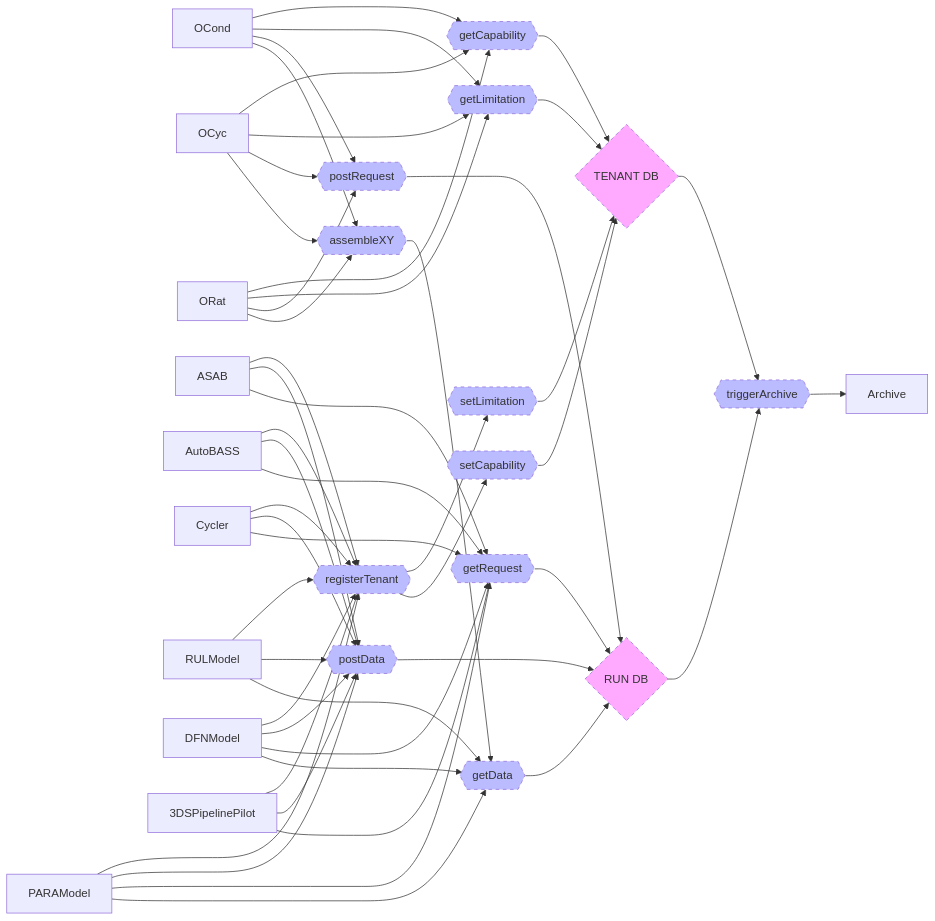
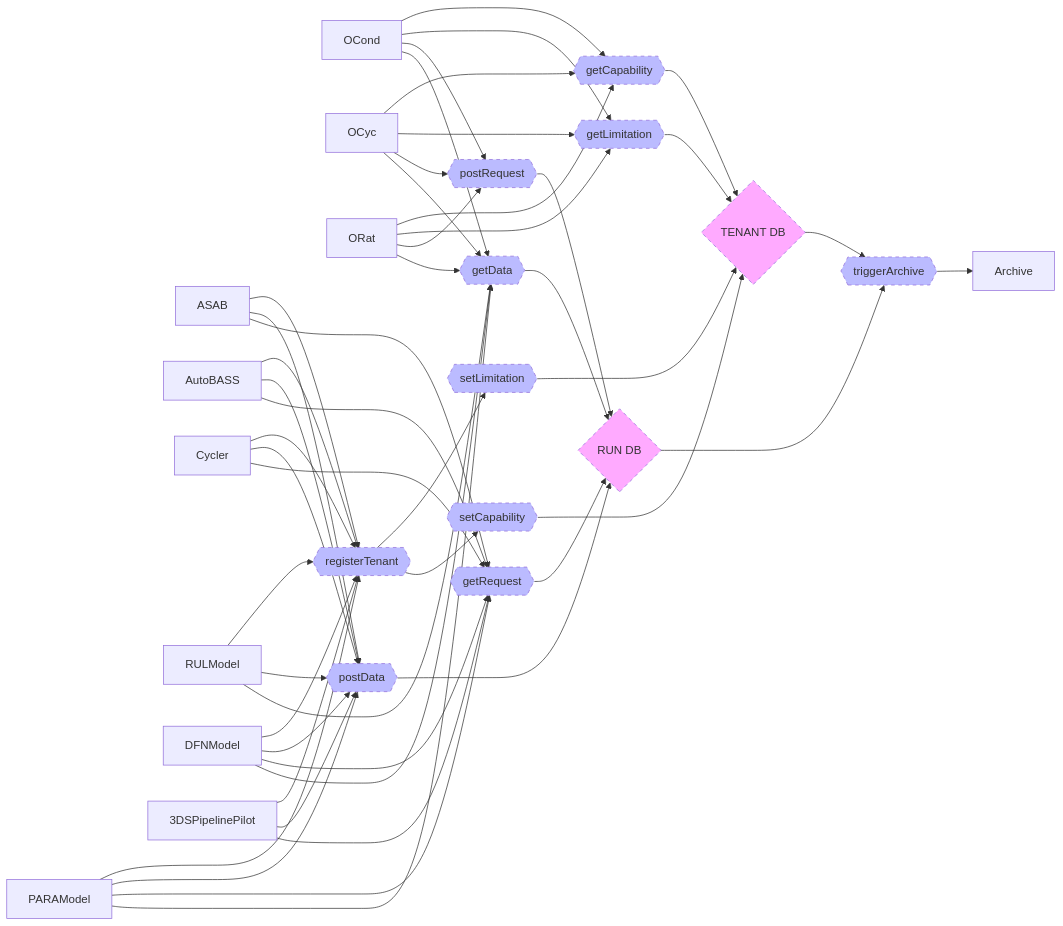
The second of 2 diagrams in flows.md (BIG-MAP/FINALES2), drawn with Mermaid before and after one commit.

Commit message:
assembleXY removed from flows.md - functionality will be covered by the optimizer tenants - parts of the functionality could also be allocated in the getData function

```diff
--- a/flows.md
+++ b/flows.md
@@ -77,8 +77,8 @@
     getData{{getData}}
     style getData fill:#bbf,postRequest stroke-width:2px,stroke-dasharray: 5 5
 
-    assembleXY{{assembleXY}}
-    style assembleXY fill:#bbf,postRequest stroke-width:2px,stroke-dasharray: 5 5
+    getData{{getData}}
+    style getData fill:#bbf,postRequest stroke-width:2px,stroke-dasharray: 5 5
 
     triggerArchive{{triggerArchive}}
     style triggerArchive fill:#bbf,postRequest stroke-width:2px,stroke-dasharray: 5 5
@@ -104,7 +104,6 @@
     RUN-DB{RUN DB}
     style RUN-DB fill:#faf,postRequest stroke-width:2px,stroke-dasharray: 5 5
 
-    assembleXY --> getData
     registerTenant --> setCapability
     registerTenant --> setLimitation
 
@@ -113,9 +112,9 @@
     getRequest --> RUN-DB
     getData --> RUN-DB
 
-    OCond --> assembleXY
-    OCyc --> assembleXY
-    ORat --> assembleXY
+    OCond --> getData
+    OCyc --> getData
+    ORat --> getData
 
     RULModel ---> getData
     PARAModel ---> getData
```
